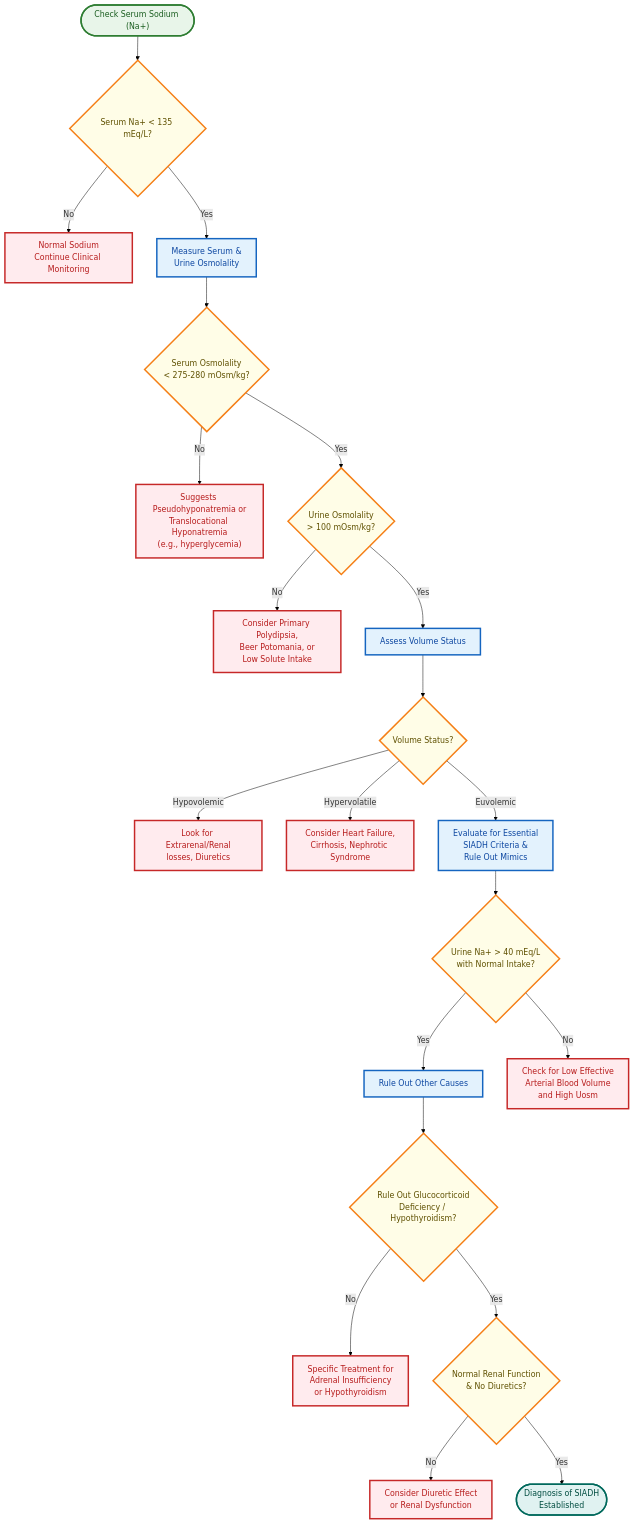
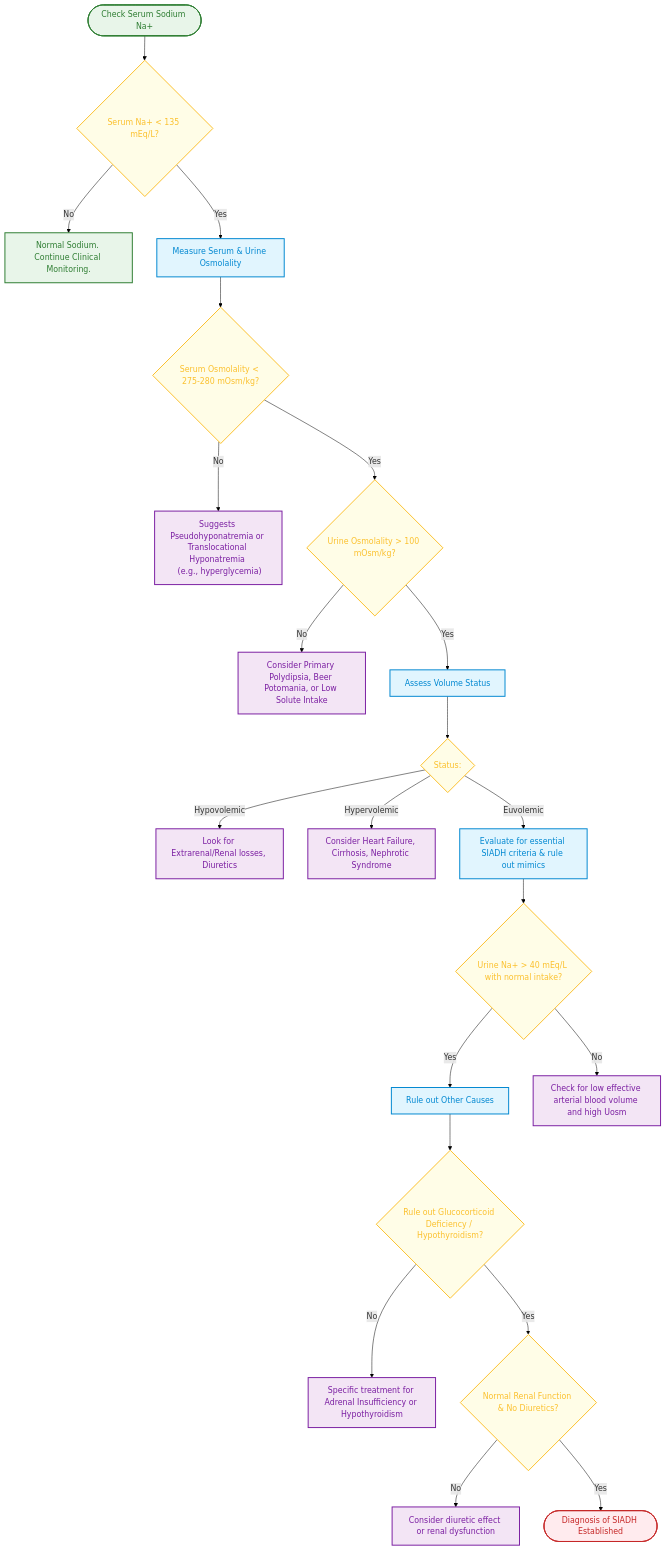
Before and after one commit to rubanbalaji-g/dnb-theory: the diagram in src/site/notes/Endocrinology/SIADH.md, drawn with Mermaid. The commit also changed other lines of this file, not shown here.

Commit message:
Published multiple files

````diff
--- a/src/site/notes/Endocrinology/SIADH.md
+++ b/src/site/notes/Endocrinology/SIADH.md
@@ -36,79 +36,52 @@
 ```mermaid
 %%{init: {"themeVariables": { "lineWidth": "3px", "lineColor": "#000000" } }}%%
-
 graph TD
-
-%% SIADH Evaluation Flowchart
-
-Start(["Check Serum Sodium (Na+)"]) --> VerifyHypo{"Serum Na+ < 135 mEq/L?"}
-
-VerifyHypo -- "No" --> NormNa["Normal Sodium\nContinue Clinical Monitoring"]
-
-VerifyHypo -- "Yes" --> CheckOsm["Measure Serum &\nUrine Osmolality"]
-
-%% Confirm Hypoosmolar Hyponatremia
-
-CheckOsm --> ConfirmLowOsm{"Serum Osmolality\n< 275-280 mOsm/kg?"}
-
-ConfirmLowOsm -- "No" --> PseudoOrTrans["Suggests Pseudohyponatremia or\nTranslocational Hyponatremia\n(e.g., hyperglycemia)"]
-
-%% Assess Appropriateness of Urine Osmolality
-
-ConfirmLowOsm -- "Yes" --> AppropUrineOsm{"Urine Osmolality\n> 100 mOsm/kg?"}
-
-AppropUrineOsm -- "No" --> WaterIntake["Consider Primary Polydipsia,\nBeer Potomania, or\nLow Solute Intake"]
-
-%% Evaluate Volume Status
-
-AppropUrineOsm -- "Yes" --> CheckVolumeStatus["Assess Volume Status"]
-
-CheckVolumeStatus --> DetermineStatus{"Volume Status?"}
-
-DetermineStatus -- "Hypovolemic" --> LowVolume["Look for Extrarenal/Renal\nlosses, Diuretics"]
-
-DetermineStatus -- "Hypervolatile" --> HighVolume["Consider Heart Failure,\nCirrhosis, Nephrotic Syndrome"]
-
-DetermineStatus -- "Euvolemic" --> RuleOutConditions["Evaluate for Essential\nSIADH Criteria &\nRule Out Mimics"]
-
-%% Essential Diagnostic Criteria for SIADH
-
-RuleOutConditions --> AssessUrineNa{"Urine Na+ > 40 mEq/L\nwith Normal Intake?"}
-
-AssessUrineNa -- "Yes" --> RuleOutOtherCauses["Rule Out Other Causes"]
-
-RuleOutOtherCauses --> AssessAdrenal{"Rule Out Glucocorticoid\nDeficiency / Hypothyroidism?"}
-
-AssessAdrenal -- "No" --> SpecificTreatment["Specific Treatment for\nAdrenal Insufficiency\nor Hypothyroidism"]
-
-AssessAdrenal -- "Yes" --> AssessRenal{"Normal Renal Function\n& No Diuretics?"}
-
-AssessRenal -- "No" --> DiureticOrRenal["Consider Diuretic Effect\nor Renal Dysfunction"]
-
-AssessRenal -- "Yes" --> Diagnosed(["Diagnosis of SIADH\nEstablished"])
-
-AssessUrineNa -- "No" --> LowUNa["Check for Low Effective\nArterial Blood Volume\nand High Uosm"]
-
-%% Styling Class Definitions (Strict High-Contrast & Color-Matched Hierarchy)
-
-classDef startNode fill:#e8f5e9,stroke:#2e7d32,stroke-width:3px,color:#1b5e20;
-
-classDef decisionNode fill:#fffde7,stroke:#f57f17,stroke-width:3px,color:#5f5000;
-
-classDef actionNode fill:#e3f2fd,stroke:#1565c0,stroke-width:3px,color:#0d47a1;
-
-classDef endNode fill:#e0f2f1,stroke:#00695c,stroke-width:3px,color:#004d40;
-
-classDef altNode fill:#ffebee,stroke:#c62828,stroke-width:3px,color:#b71c1c;
-
-%% Apply Classes to Nodes
-
-class Start startNode;
-
-class NormNa,PseudoOrTrans,WaterIntake,LowVolume,HighVolume,LowUNa,DiureticOrRenal,SpecificTreatment altNode;
-
-class VerifyHypo,ConfirmLowOsm,AppropUrineOsm,DetermineStatus,AssessUrineNa,AssessAdrenal,AssessRenal decisionNode;
-
-class CheckOsm,CheckVolumeStatus,RuleOutConditions,RuleOutOtherCauses actionNode;
-
-class Diagnosed endNode;
+    %% SIADH Evaluation Flowchart
+    
+    Start(["Check Serum Sodium Na+"]) --> VerifyHypo{"Serum Na+ < 135 mEq/L?"}
+    VerifyHypo -- No --> NormNa["Normal Sodium. Continue Clinical Monitoring."]
+    VerifyHypo -- Yes --> CheckOsm["Measure Serum & Urine Osmolality"]
+    
+    %% Confirm Hypoosmolar Hyponatremia
+    CheckOsm --> ConfirmLowOsm{"Serum Osmolality < 275-280 mOsm/kg?"}
+    ConfirmLowOsm -- No --> PseudoOrTrans["Suggests Pseudohyponatremia or Translocational Hyponatremia <br> (e.g., hyperglycemia)"]
+    
+    %% Assess Appropriateness of Urine Osmolality
+    ConfirmLowOsm -- Yes --> AppropUrineOsm{"Urine Osmolality > 100 mOsm/kg?"}
+    AppropUrineOsm -- No --> WaterIntake["Consider Primary Polydipsia, Beer Potomania, or Low Solute Intake"]
+    
+    %% Evaluate Volume Status
+    AppropUrineOsm -- Yes --> CheckVolumeStatus["Assess Volume Status"]
+    CheckVolumeStatus --> DetermineStatus{"Status:"}
+    
+    DetermineStatus -- Hypovolemic --> LowVolume["Look for Extrarenal/Renal losses, Diuretics"]
+    DetermineStatus -- Hypervolemic --> HighVolume["Consider Heart Failure, Cirrhosis, Nephrotic Syndrome"]
+    DetermineStatus -- Euvolemic --> RuleOutConditions["Evaluate for essential SIADH criteria & rule out mimics"]
+    
+    %% Essential Diagnostic Criteria for SIADH
+    RuleOutConditions --> AssessUrineNa{"Urine Na+ > 40 mEq/L with normal intake?"}
+    
+    AssessUrineNa -- Yes --> RuleOutOtherCauses["Rule out Other Causes"]
+    RuleOutOtherCauses --> AssessAdrenal{"Rule out Glucocorticoid Deficiency / Hypothyroidism?"}
+    AssessAdrenal -- No --> SpecificTreatment["Specific treatment for Adrenal Insufficiency or Hypothyroidism"]
+    
+    AssessAdrenal -- Yes --> AssessRenal{"Normal Renal Function & No Diuretics?"}
+    AssessRenal -- No --> DiureticOrRenal["Consider diuretic effect or renal dysfunction"]
+    
+    AssessRenal -- Yes --> Diagnosed(["Diagnosis of SIADH Established"])
+    
+    AssessUrineNa -- No --> LowUNa["Check for low effective arterial blood volume and high Uosm"]
+    
+    %% Clinical High-Contrast Theme Styling
+    classDef startNode fill:#e8f5e9,stroke:#2e7d32,stroke-width:2px,color:#2e7d32;
+    classDef endNode fill:#ffebee,stroke:#c62828,stroke-width:2px,color:#c62828;
+    classDef decisionNode fill:#fffde7,stroke:#fbc02d,stroke-width:2px,color:#fbc02d;
+    classDef actionNode fill:#e1f5fe,stroke:#0288d1,stroke-width:2px,color:#0288d1;
+    classDef altPathNode fill:#f3e5f5,stroke:#7b1fa2,stroke-width:2px,color:#7b1fa2;
+    
+    class Start,NormNa startNode;
+    class VerifyHypo,ConfirmLowOsm,AppropUrineOsm,DetermineStatus,AssessUrineNa,AssessAdrenal,AssessRenal decisionNode;
+    class CheckOsm,CheckVolumeStatus,RuleOutConditions,RuleOutOtherCauses actionNode;
+    class Diagnosed endNode;
+    class PseudoOrTrans,WaterIntake,LowVolume,HighVolume,LowUNa,DiureticOrRenal,SpecificTreatment altPathNode;
 ```
````
